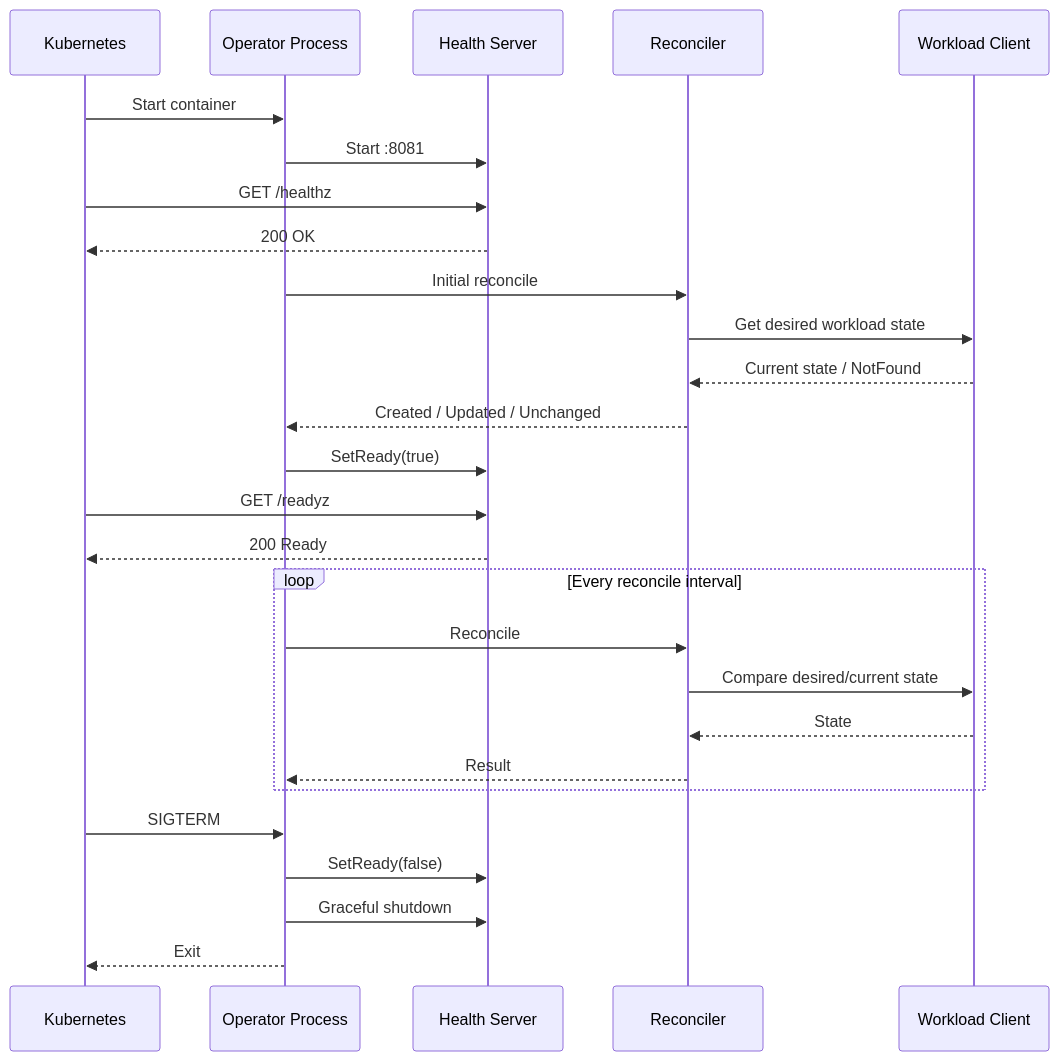
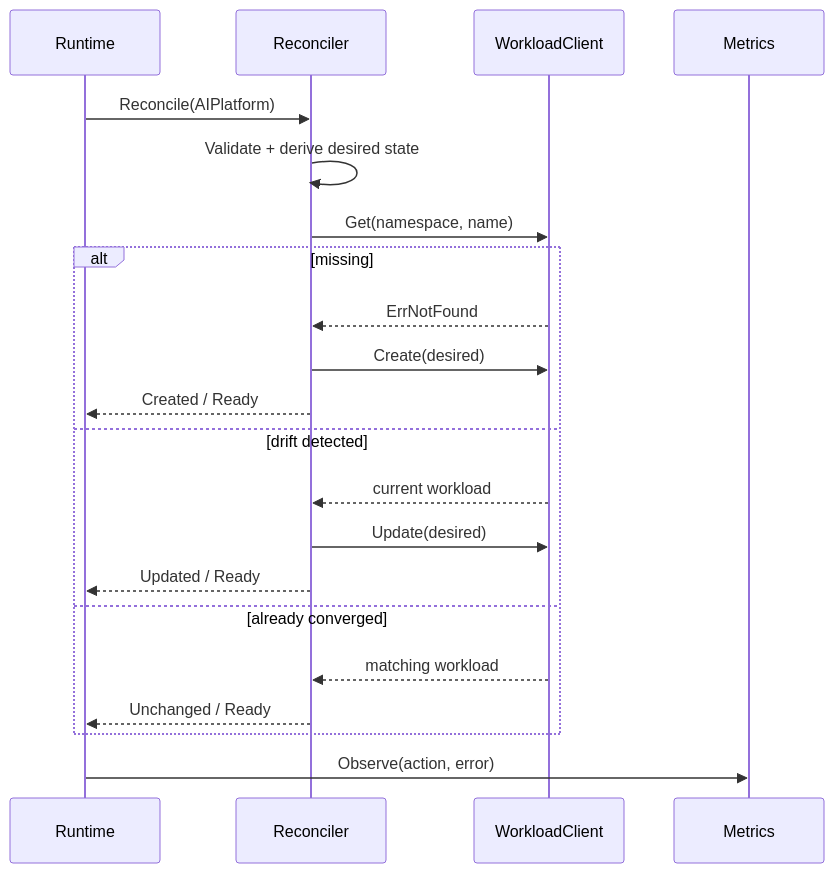
Before and after one commit to abdallauno1/platform-engineering-kubernetes-operator: the diagram in docs/sequence.md, drawn with Mermaid. The commit also changed other lines of this file and 19 other files, not shown here.

````diff
--- a/docs/sequence.md
+++ b/docs/sequence.md
@@ -3,32 +3,23 @@
 ```mermaid
 sequenceDiagram
-    participant K as Kubernetes
-    participant P as Operator Process
-    participant H as Health Server
-    participant R as Reconciler
-    participant C as Workload Client
-
-    K->>P: Start container
-    P->>H: Start :8081
-    K->>H: GET /healthz
-    H-->>K: 200 OK
-    P->>R: Initial reconcile
-    R->>C: Get desired workload state
-    C-->>R: Current state / NotFound
-    R-->>P: Created / Updated / Unchanged
-    P->>H: SetReady(true)
-    K->>H: GET /readyz
-    H-->>K: 200 Ready
-
-    loop Every reconcile interval
-        P->>R: Reconcile
-        R->>C: Compare desired/current state
-        C-->>R: State
-        R-->>P: Result
-    end
-
-    K->>P: SIGTERM
-    P->>H: SetReady(false)
-    P->>H: Graceful shutdown
-    P-->>K: Exit
+  participant Runtime
+  participant Reconciler
+  participant Client as WorkloadClient
+  participant Metrics
+  Runtime->>Reconciler: Reconcile(AIPlatform)
+  Reconciler->>Reconciler: Validate + derive desired state
+  Reconciler->>Client: Get(namespace, name)
+  alt missing
+    Client-->>Reconciler: ErrNotFound
+    Reconciler->>Client: Create(desired)
+    Reconciler-->>Runtime: Created / Ready
+  else drift detected
+    Client-->>Reconciler: current workload
+    Reconciler->>Client: Update(desired)
+    Reconciler-->>Runtime: Updated / Ready
+  else already converged
+    Client-->>Reconciler: matching workload
+    Reconciler-->>Runtime: Unchanged / Ready
+  end
+  Runtime->>Metrics: Observe(action, error)
 ```
````
